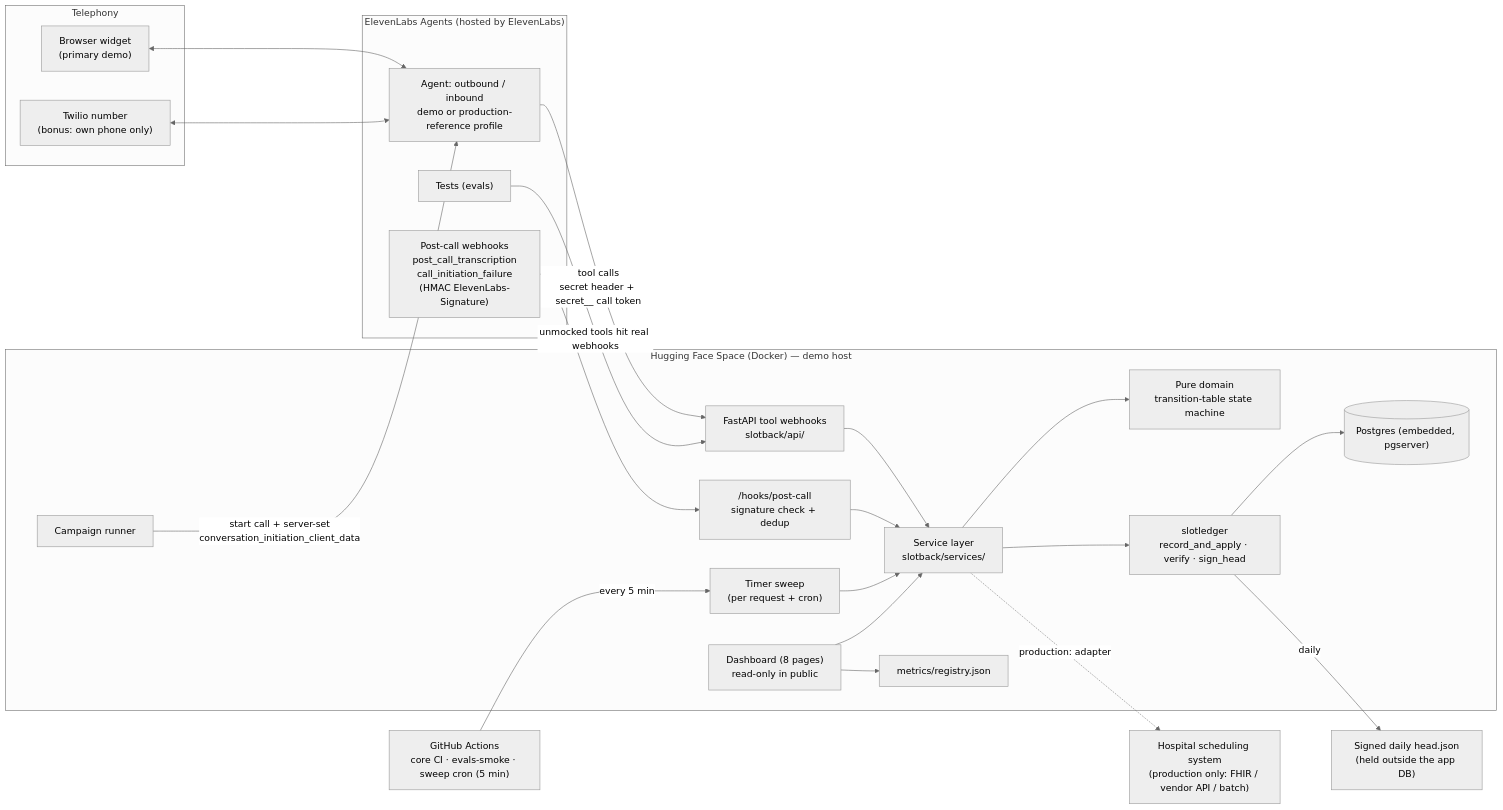
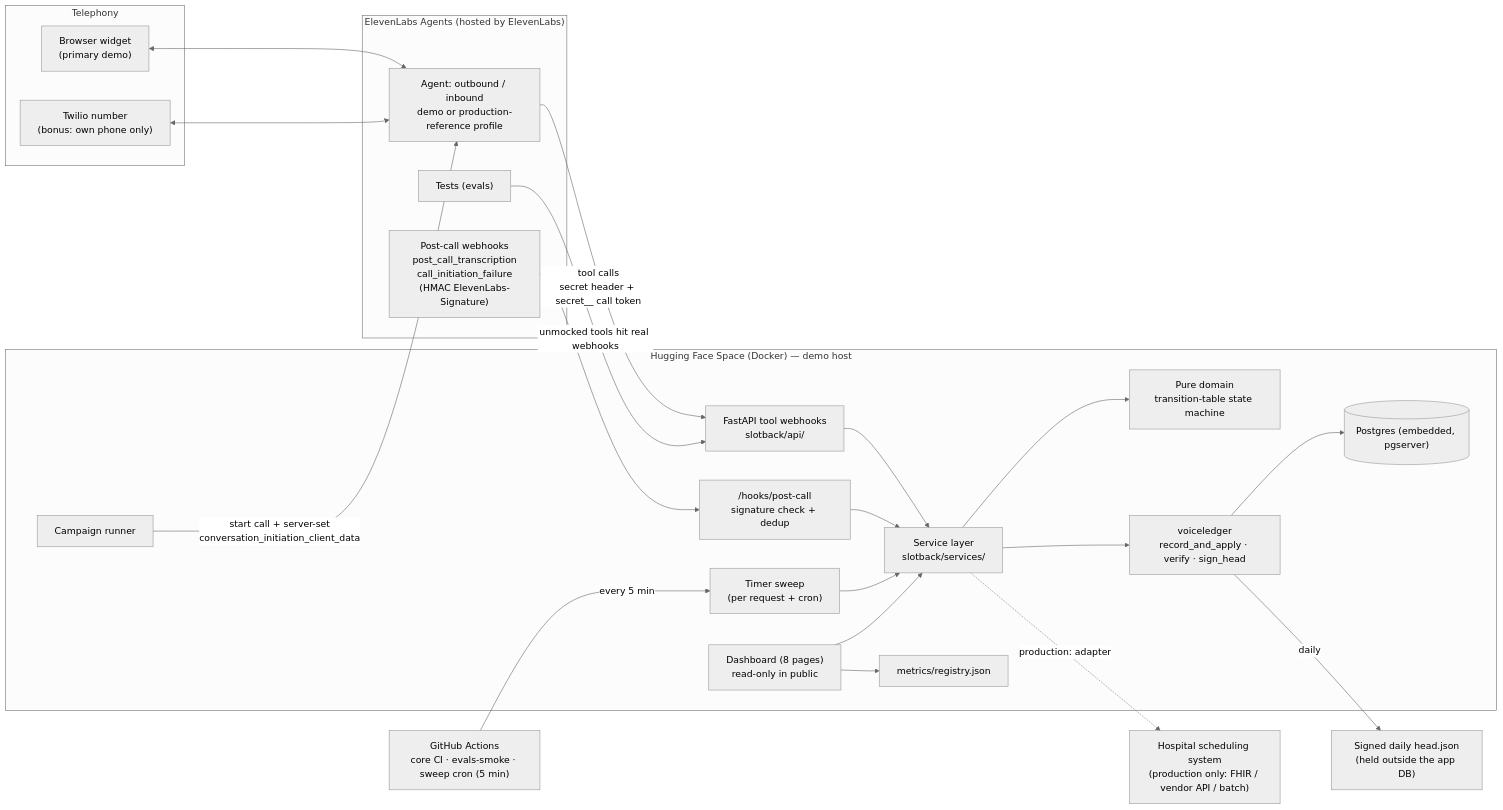
One commit to digvijaysingh-ai/slotback changed the first of 3 diagrams in docs/05_solution_design.md. Above: the diagram before and after it, drawn with Mermaid (neutral theme). The commit also changed other lines of this file and 29 other files, not shown here.

First line of the commit message:
Ledger: use voiceledger with Slotback's checks as configured rules

````diff
--- a/docs/05_solution_design.md
+++ b/docs/05_solution_design.md
@@ -23,45 +23,45 @@
 ```mermaid
 flowchart LR
     subgraph EL["ElevenLabs Agents (hosted by ElevenLabs)"]
         AG["Agent: outbound / inbound<br/>demo or production-reference profile"]
         TESTS["Tests (evals)"]
         WH_OUT["Post-call webhooks<br/>post_call_transcription<br/>call_initiation_failure<br/>(HMAC ElevenLabs-Signature)"]
     end
 
     subgraph TEL["Telephony"]
         WIDGET["Browser widget<br/>(primary demo)"]
         TWILIO["Twilio number<br/>(bonus: own phone only)"]
     end
 
     subgraph SPACE["Hugging Face Space (Docker) — demo host"]
         API["FastAPI tool webhooks<br/>slotback/api/"]
         HOOKS["/hooks/post-call<br/>signature check + dedup"]
         SWEEP["Timer sweep<br/>(per request + cron)"]
         SVC["Service layer<br/>slotback/services/"]
         DOM["Pure domain<br/>transition-table state machine"]
-        LEDGER["slotledger<br/>record_and_apply · verify · sign_head"]
+        LEDGER["voiceledger<br/>record_and_apply · verify · sign_head"]
         CAMP["Campaign runner"]
         DASH["Dashboard (8 pages)<br/>read-only in public"]
         REG["metrics/registry.json"]
         PG[("Postgres (embedded, pgserver)")]
     end
 
     GHA["GitHub Actions<br/>core CI · evals-smoke · sweep cron (5 min)"]
     HEAD["Signed daily head.json<br/>(held outside the app DB)"]
     HIS["Hospital scheduling system<br/>(production only: FHIR / vendor API / batch)"]
 
     WIDGET <--> AG
     TWILIO <--> AG
     CAMP -- "start call + server-set<br/>conversation_initiation_client_data" --> AG
     AG -- "tool calls<br/>secret header + secret__ call token" --> API
     API --> SVC --> DOM
     SVC --> LEDGER --> PG
     WH_OUT --> HOOKS --> SVC
     SWEEP --> SVC
     GHA -- "every 5 min" --> SWEEP
     TESTS -- "unmocked tools hit real webhooks" --> API
     DASH --> SVC
     DASH --> REG
     LEDGER -- "daily" --> HEAD
     SVC -. "production: adapter" .-> HIS
 ```
````
